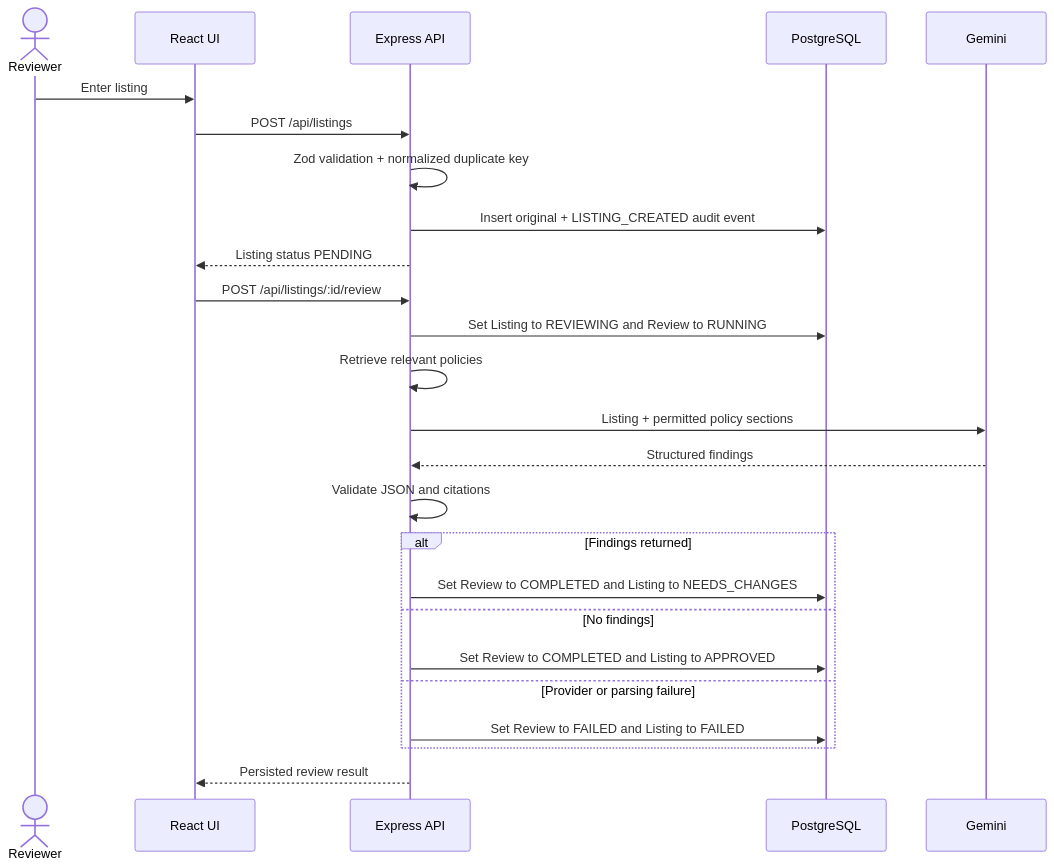
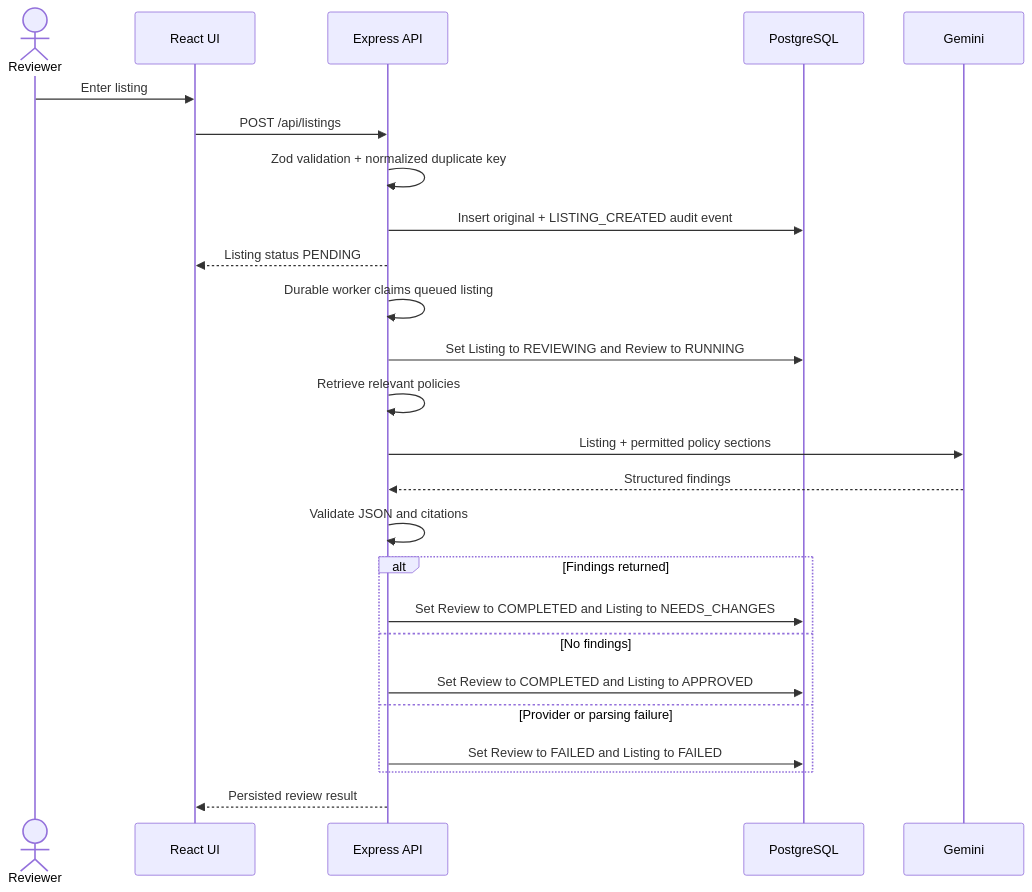
The second of 6 diagrams in README.md (ashwani-raj1/Aggroso), drawn with Mermaid before and after one commit. The commit also changed other lines of this file and 4 other files, not shown here.

````diff
--- a/README.md
+++ b/README.md
@@ -133,27 +133,27 @@
 ```mermaid
 sequenceDiagram
     actor Reviewer
     participant UI as React UI
     participant API as Express API
     participant DB as PostgreSQL
     participant AI as Gemini
     Reviewer->>UI: Enter listing
     UI->>API: POST /api/listings
     API->>API: Zod validation + normalized duplicate key
     API->>DB: Insert original + LISTING_CREATED audit event
     API-->>UI: Listing status PENDING
-    UI->>API: POST /api/listings/:id/review
+    API->>API: Durable worker claims queued listing
     API->>DB: Set Listing to REVIEWING and Review to RUNNING
     API->>API: Retrieve relevant policies
     API->>AI: Listing + permitted policy sections
     AI-->>API: Structured findings
     API->>API: Validate JSON and citations
     alt Findings returned
         API->>DB: Set Review to COMPLETED and Listing to NEEDS_CHANGES
     else No findings
         API->>DB: Set Review to COMPLETED and Listing to APPROVED
     else Provider or parsing failure
         API->>DB: Set Review to FAILED and Listing to FAILED
     end
     API-->>UI: Persisted review result
 ```
````
